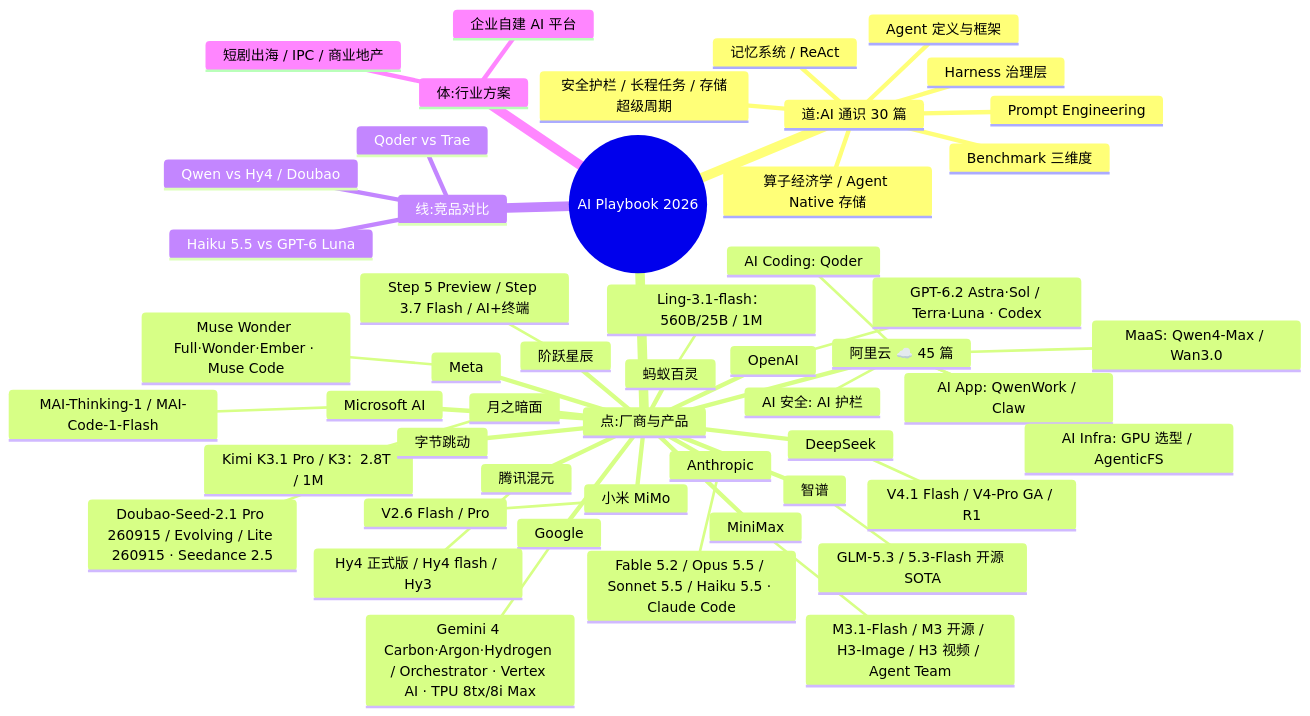
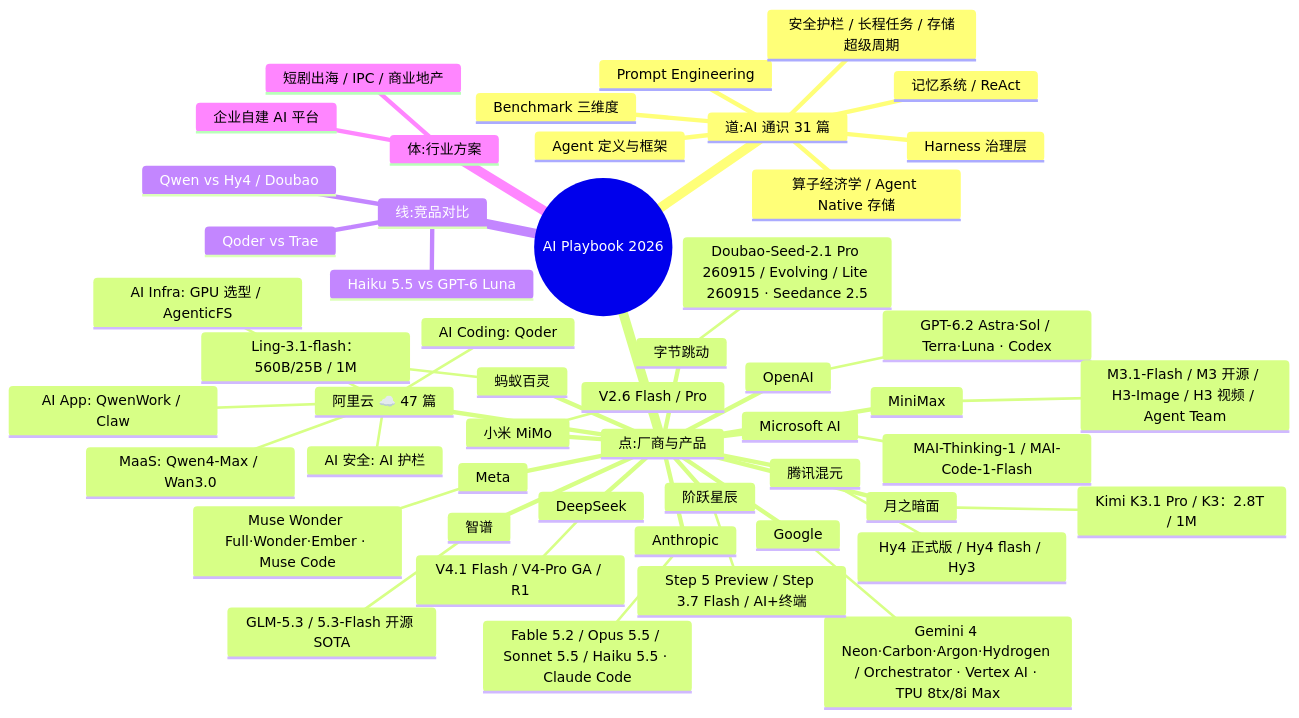
The first of 2 diagrams in README.md (EthanNiWorld/ai-playbook-2026), drawn with Mermaid before and after one commit. The commit also changed other lines of this file and 1 other file, not shown here.

Commit message:
docs(facade): README/index 门面同步——统计 109→112 篇（find 实测 47+65）、最后更新 2026-11-23、Gemini 4 Neon / Seedance 2.5 Flash 检索关键词

````diff
--- a/README.md
+++ b/README.md
@@ -154,54 +154,54 @@
 ```mermaid
 mindmap
   root((AI Playbook 2026))
-    道:AI 通识 30 篇
+    道:AI 通识 31 篇
       Agent 定义与框架
       Harness 治理层
       Prompt Engineering
       Benchmark 三维度
       记忆系统 / ReAct
       安全护栏 / 长程任务 / 存储超级周期
       算子经济学 / Agent Native 存储
     点:厂商与产品
-      阿里云 ☁️ 45 篇
+      阿里云 ☁️ 47 篇
         MaaS: Qwen4-Max / Wan3.0
         AI Coding: Qoder
         AI App: QwenWork / Claw
         AI Infra: GPU 选型 / AgenticFS
         AI 安全: AI 护栏
       Anthropic
         Fable 5.2 / Opus 5.5 / Sonnet 5.5 / Haiku 5.5 · Claude Code
       OpenAI
         GPT-6.2 Astra·Sol / Terra·Luna · Codex
       Google
-        Gemini 4 Carbon·Argon·Hydrogen / Orchestrator · Vertex AI · TPU 8tx/8i Max
+        Gemini 4 Neon·Carbon·Argon·Hydrogen / Orchestrator · Vertex AI · TPU 8tx/8i Max
       Microsoft AI
         MAI-Thinking-1 / MAI-Code-1-Flash
       Meta
         Muse Wonder Full·Wonder·Ember · Muse Code
       DeepSeek
         V4.1 Flash / V4-Pro GA / R1
       智谱
         GLM-5.3 / 5.3-Flash 开源 SOTA
       月之暗面
         Kimi K3.1 Pro / K3：2.8T / 1M
       MiniMax
         M3.1-Flash / M3 开源 / H3-Image / H3 视频 / Agent Team
       字节跳动
         Doubao-Seed-2.1 Pro 260915 / Evolving / Lite 260915 · Seedance 2.5
       腾讯混元
         Hy4 正式版 / Hy4 flash / Hy3
       小米 MiMo
         V2.6 Flash / Pro
       阶跃星辰
         Step 5 Preview / Step 3.7 Flash / AI+终端
       蚂蚁百灵
         Ling-3.1-flash：560B/25B / 1M
     线:竞品对比
       Qoder vs Trae
       Qwen vs Hy4 / Doubao
       Haiku 5.5 vs GPT-6 Luna
     体:行业方案
       企业自建 AI 平台
       短剧出海 / IPC / 商业地产
 ```
````
